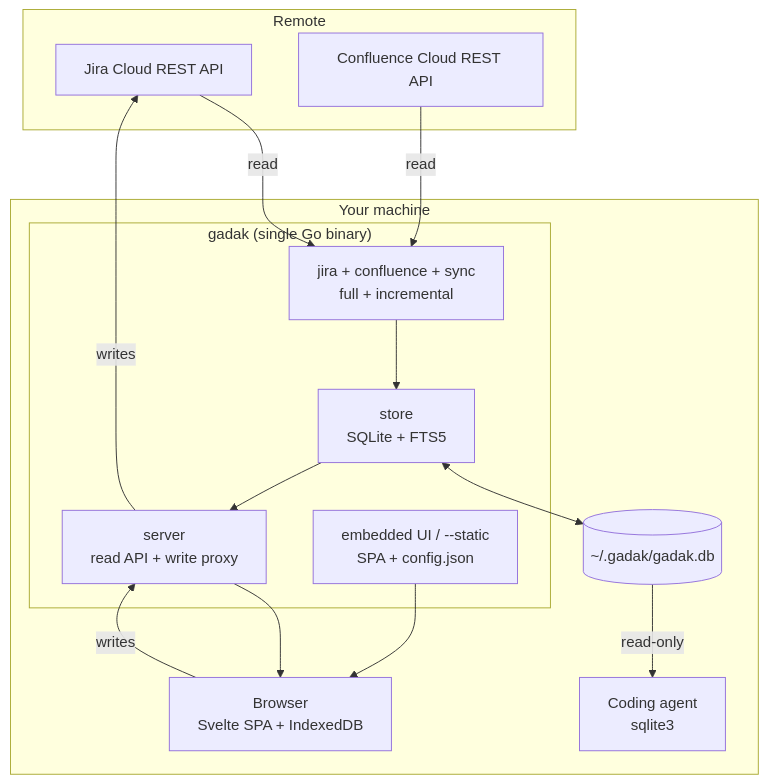
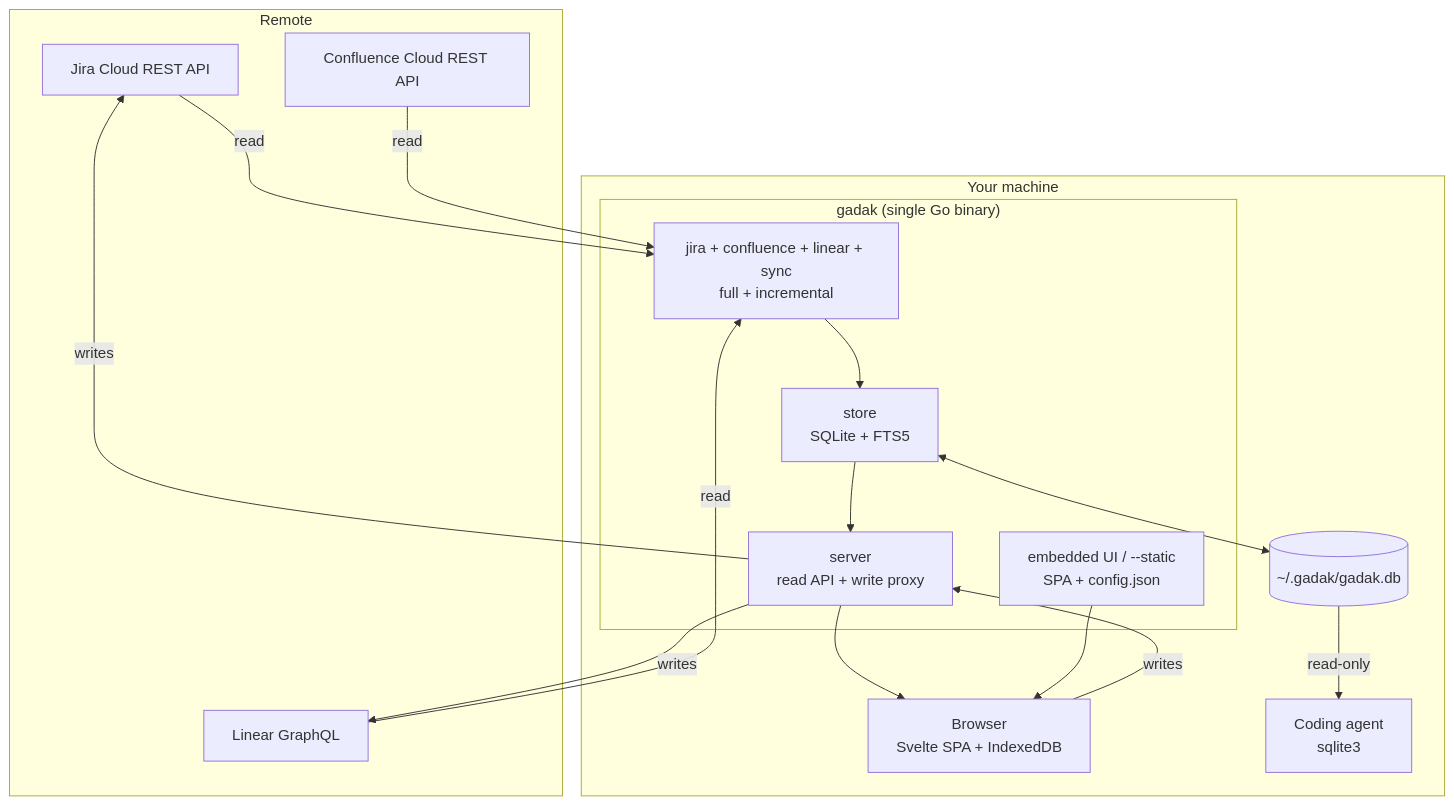
The diagram in docs/ARCHITECTURE.md (midagedev/gadak), drawn with Mermaid before and after one commit. The commit also changed other lines of this file and 16 other files, not shown here.

First line of the commit message:
docs: reader-facing docs catch up with the cycle — origin-shaped writes, the new verbs, and schema v29-v31

````diff
--- a/docs/ARCHITECTURE.md
+++ b/docs/ARCHITECTURE.md
@@ -7,29 +7,32 @@
 ```mermaid
 flowchart TB
   subgraph Remote
     Jira["Jira Cloud REST API"]
     Confluence["Confluence Cloud REST API"]
+    Linear["Linear GraphQL"]
   end
   subgraph Machine["Your machine"]
     subgraph Binary["gadak (single Go binary)"]
-      Sync["jira + confluence + sync<br/>full + incremental"]
+      Sync["jira + confluence + linear + sync<br/>full + incremental"]
       Store["store<br/>SQLite + FTS5"]
       API["server<br/>read API + write proxy"]
       UI["embedded UI / --static<br/>SPA + config.json"]
     end
     DB[("~/.gadak/gadak.db")]
     Browser["Browser<br/>Svelte SPA + IndexedDB"]
     Agent["Coding agent<br/>sqlite3"]
   end
 
   Jira -->|"read"| Sync
   Confluence -->|"read"| Sync
+  Linear -->|"read"| Sync
   Sync --> Store
   Store <--> DB
   Store --> API
   API --> Browser
   UI --> Browser
   Browser -->|"writes"| API
   API -->|"writes"| Jira
+  API -->|"writes"| Linear
   DB -->|"read-only"| Agent
 ```
````
